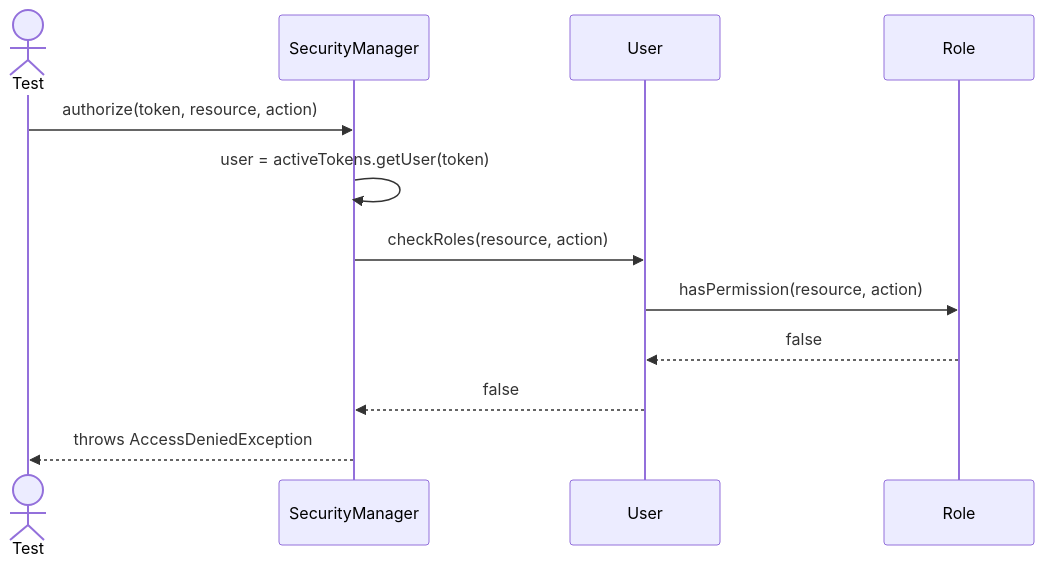
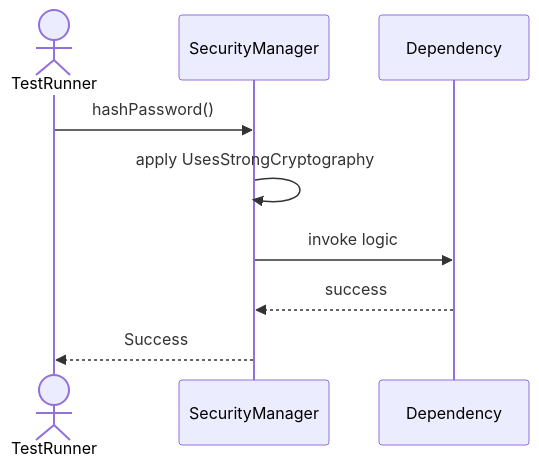
Before and after one commit to TamBui1706/DBMS: the sixth of 8 diagrams in Sequences/SecurityAccessControl/SecurityManager.md, drawn with Mermaid. The commit also changed other lines of this file and 63 other files, not shown here.

Commit message:
Draw sequence diagram for unit tests

````diff
--- a/Sequences/SecurityAccessControl/SecurityManager.md
+++ b/Sequences/SecurityAccessControl/SecurityManager.md
@@ -65,15 +81,10 @@
 ```mermaid
 sequenceDiagram
-    actor Test
+    actor TestRunner
     participant SecurityManager
-    participant User
-    participant Role
-
-    Test->>SecurityManager: authorize(token, resource, action)
-    SecurityManager->>SecurityManager: user = activeTokens.getUser(token)
-    SecurityManager->>User: checkRoles(resource, action)
-    User->>Role: hasPermission(resource, action)
-    Role-->>User: false
-    User-->>SecurityManager: false
-    SecurityManager-->>Test: throws AccessDeniedException
+    TestRunner->>SecurityManager: hashPassword()
+    SecurityManager->>SecurityManager: apply UsesStrongCryptography
+    SecurityManager->>Dependency: invoke logic
+    Dependency-->>SecurityManager: success
+    SecurityManager-->>TestRunner: Success
 ```
````
